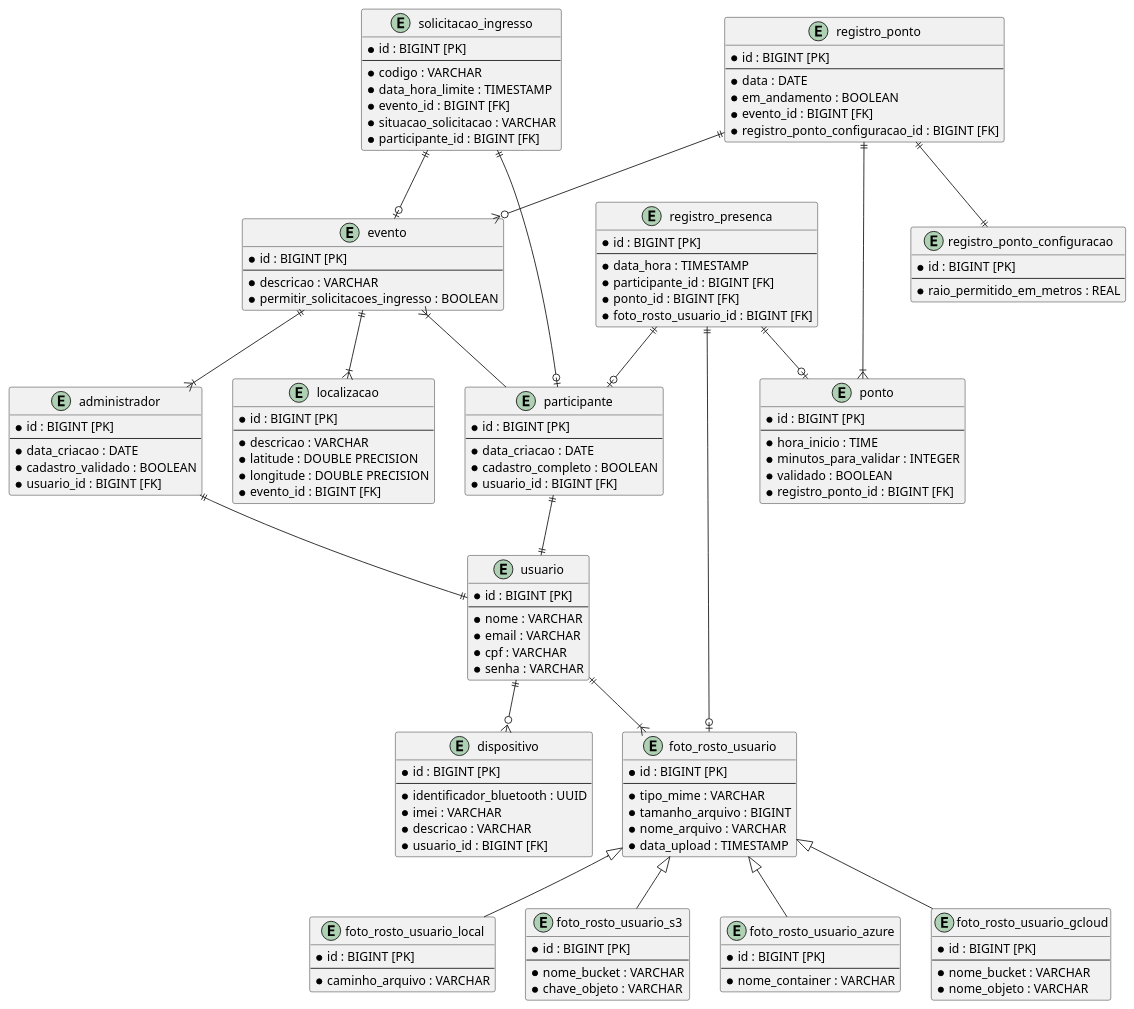
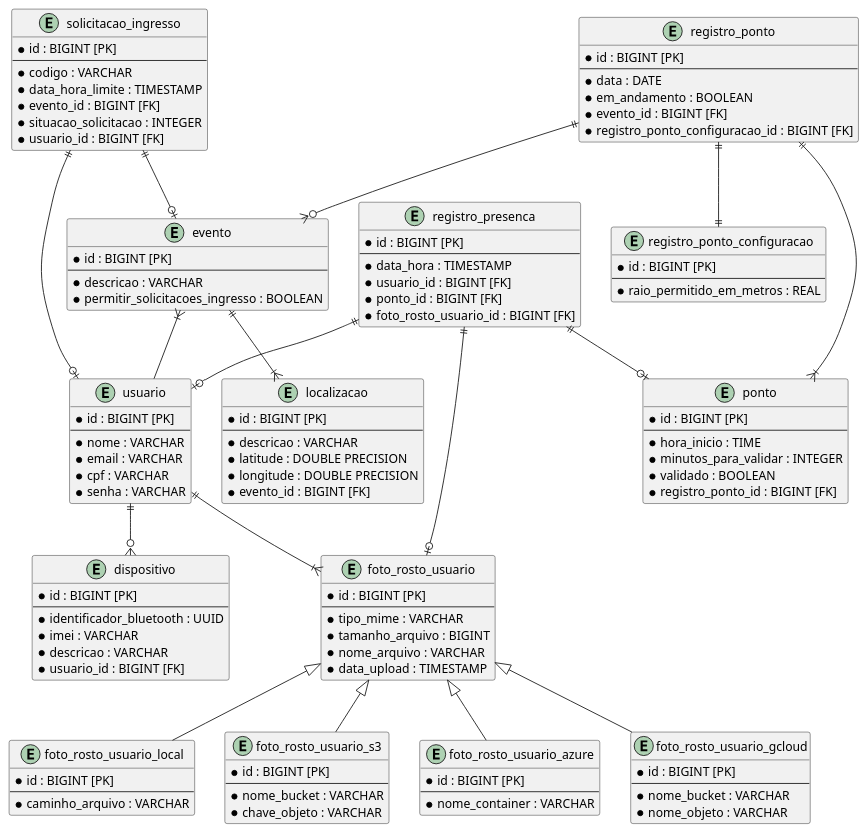
One commit to luan-coelho/faceverify changed the diagram in backend/er.plantuml. Above: the diagram before and after it, drawn with PlantUML.

```diff
--- a/backend/er.plantuml
+++ b/backend/er.plantuml
@@ -1,157 +1,137 @@
 @startuml
 
 entity usuario {
     * id : BIGINT [PK]
     --
     * nome : VARCHAR
     * email : VARCHAR
     * cpf : VARCHAR
     * senha : VARCHAR
-}
-
-entity administrador {
-    * id : BIGINT [PK]
-    --
-    * data_criacao : DATE
-    * cadastro_validado : BOOLEAN
-    * usuario_id : BIGINT [FK]
-}
-
-entity participante {
-    * id : BIGINT [PK]
-    --
-    * data_criacao : DATE
-    * cadastro_completo : BOOLEAN
-    * usuario_id : BIGINT [FK]
 }
 
 entity dispositivo {
     * id : BIGINT [PK]
     --
     * identificador_bluetooth : UUID
     * imei : VARCHAR
     * descricao : VARCHAR
     * usuario_id : BIGINT [FK]
 }
 
 entity foto_rosto_usuario {
     * id : BIGINT [PK]
     --
     * tipo_mime : VARCHAR
     * tamanho_arquivo : BIGINT
     * nome_arquivo : VARCHAR
     * data_upload : TIMESTAMP
 }
 
 entity foto_rosto_usuario_local {
     * id : BIGINT [PK]
     --
     * caminho_arquivo : VARCHAR
 }
 
 entity foto_rosto_usuario_s3 {
     * id : BIGINT [PK]
     --
     * nome_bucket : VARCHAR
     * chave_objeto : VARCHAR
 }
 
 entity foto_rosto_usuario_azure {
     * id : BIGINT [PK]
     --
     * nome_container : VARCHAR
 }
 
 entity foto_rosto_usuario_gcloud {
     * id : BIGINT [PK]
     --
     * nome_bucket : VARCHAR
     * nome_objeto : VARCHAR
 }
 
 entity evento {
     * id : BIGINT [PK]
     --
     * descricao : VARCHAR
     * permitir_solicitacoes_ingresso : BOOLEAN
 }
 
 entity solicitacao_ingresso {
     * id : BIGINT [PK]
     --
     * codigo : VARCHAR
     * data_hora_limite : TIMESTAMP
     * evento_id : BIGINT [FK]
-    * situacao_solicitacao : VARCHAR
-    * participante_id : BIGINT [FK]
+    * situacao_solicitacao : INTEGER
+    * usuario_id : BIGINT [FK]
 }
 
 entity localizacao {
     * id : BIGINT [PK]
     --
     * descricao : VARCHAR
     * latitude : DOUBLE PRECISION
     * longitude : DOUBLE PRECISION
     * evento_id : BIGINT [FK]
 }
 
 entity registro_ponto {
     * id : BIGINT [PK]
     --
     * data : DATE
     * em_andamento : BOOLEAN
     * evento_id : BIGINT [FK]
     * registro_ponto_configuracao_id : BIGINT [FK]
 }
 
 entity ponto {
     * id : BIGINT [PK]
     --
     * hora_inicio : TIME
     * minutos_para_validar : INTEGER
     * validado : BOOLEAN
     * registro_ponto_id : BIGINT [FK]
 }
 
 entity registro_presenca {
     * id : BIGINT [PK]
     --
     * data_hora : TIMESTAMP
-    * participante_id : BIGINT [FK]
+    * usuario_id : BIGINT [FK]
     * ponto_id : BIGINT [FK]
     * foto_rosto_usuario_id : BIGINT [FK]
 }
 
 entity registro_ponto_configuracao {
     * id : BIGINT [PK]
     --
     * raio_permitido_em_metros : REAL
 }
 
 registro_ponto ||--o{ evento
 registro_ponto ||--|| registro_ponto_configuracao
 registro_ponto ||--|{ ponto
 
-evento ||--|{ administrador
 evento ||--|{ localizacao
-evento }|-- participante
+evento }|-- usuario
 
 solicitacao_ingresso ||--o| evento
-solicitacao_ingresso ||--o| participante
+solicitacao_ingresso ||--o| usuario
 
-registro_presenca ||--o| participante
+registro_presenca ||--o| usuario
 registro_presenca ||--o| ponto
 registro_presenca ||--o| foto_rosto_usuario
 
 usuario ||--o{ dispositivo
 usuario ||--|{ foto_rosto_usuario
-
-administrador ||--|| usuario
-participante ||--|| usuario
 
 foto_rosto_usuario <|-- foto_rosto_usuario_local
 foto_rosto_usuario <|-- foto_rosto_usuario_s3
 foto_rosto_usuario <|-- foto_rosto_usuario_azure
 foto_rosto_usuario <|-- foto_rosto_usuario_gcloud
 
 @enduml
```
